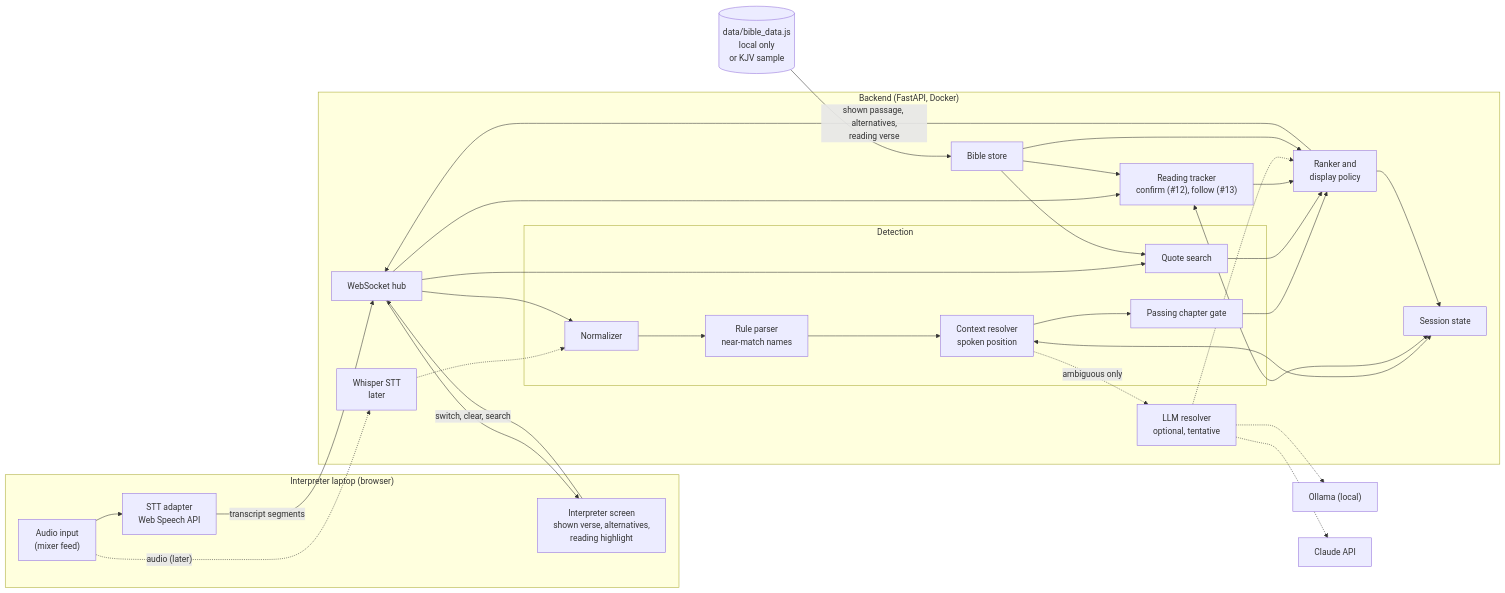
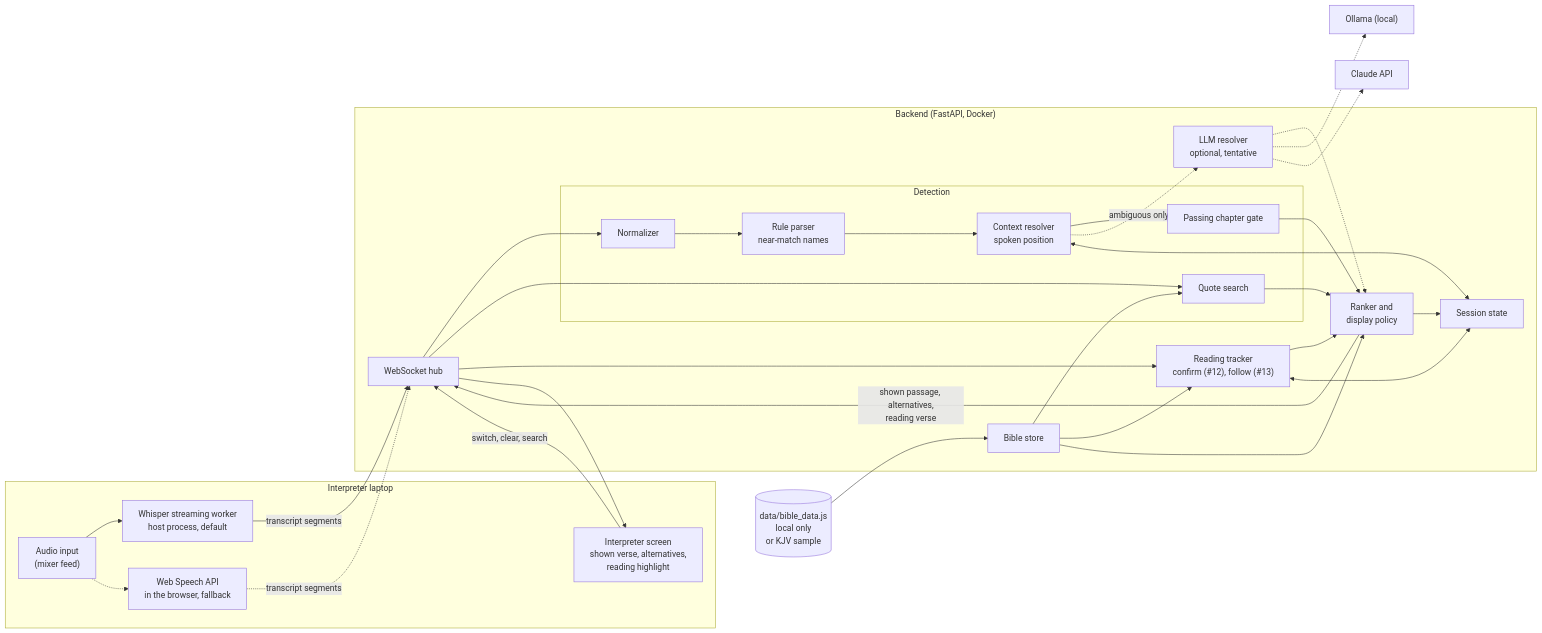
Before and after one commit to rkim9125/LiveVerse: the first of 2 diagrams in docs/realtime-design.md, drawn with Mermaid. The commit also changed other lines of this file and 2 other files, not shown here.

Commit message:
Docs: Whisper streaming is the default speech input, Web Speech the fallback
The root README gets a section on the real-time assistant: what it does,
requirements, running the server, the worker and the screen, Docker and
tests. The design document and its diagram show the worker as the default
source and Web Speech as the fallback.

````diff
--- a/docs/realtime-design.md
+++ b/docs/realtime-design.md
@@ -43,50 +43,50 @@
 ```mermaid
 flowchart LR
-    subgraph Laptop["Interpreter laptop (browser)"]
+    subgraph Laptop["Interpreter laptop"]
         MIC["Audio input<br/>(mixer feed)"]
-        STT["STT adapter<br/>Web Speech API"]
+        WHISPER["Whisper streaming worker<br/>host process, default"]
+        STT["Web Speech API<br/>in the browser, fallback"]
         SCREEN["Interpreter screen<br/>shown verse, alternatives,<br/>reading highlight"]
     end
 
     subgraph Server["Backend (FastAPI, Docker)"]
         WS["WebSocket hub"]
         subgraph Detect["Detection"]
             NORM["Normalizer"]
             RULE["Rule parser<br/>near-match names"]
             CTX["Context resolver<br/>spoken position"]
             GATE["Passing chapter gate"]
             QUOTE["Quote search"]
         end
         READ["Reading tracker<br/>confirm (#12), follow (#13)"]
         LLM["LLM resolver<br/>optional, tentative"]
         RANK["Ranker and<br/>display policy"]
         SESS["Session state"]
         STORE["Bible store"]
-        WHISPER["Whisper STT<br/>later"]
     end
 
     DATA[("data/bible_data.js<br/>local only<br/>or KJV sample")]
     OLLAMA["Ollama (local)"]
     CLAUDE["Claude API"]
 
-    MIC --> STT
-    STT -- "transcript segments" --> WS
-    MIC -. "audio (later)" .-> WHISPER
-    WHISPER -.-> NORM
+    MIC --> WHISPER
+    WHISPER -- "transcript segments" --> WS
+    MIC -.-> STT
+    STT -. "transcript segments" .-> WS
     WS --> NORM --> RULE --> CTX --> GATE --> RANK
     WS --> QUOTE --> RANK
     WS --> READ --> RANK
     CTX -. "ambiguous only" .-> LLM
     LLM -.-> RANK
     LLM -.-> OLLAMA
     LLM -.-> CLAUDE
     CTX <--> SESS
     READ <--> SESS
     RANK --> SESS
     RANK -- "shown passage, alternatives,<br/>reading verse" --> WS --> SCREEN
     SCREEN -- "switch, clear, search" --> WS
     DATA --> STORE
     STORE --> QUOTE
     STORE --> READ
     STORE --> RANK
 ```
````
